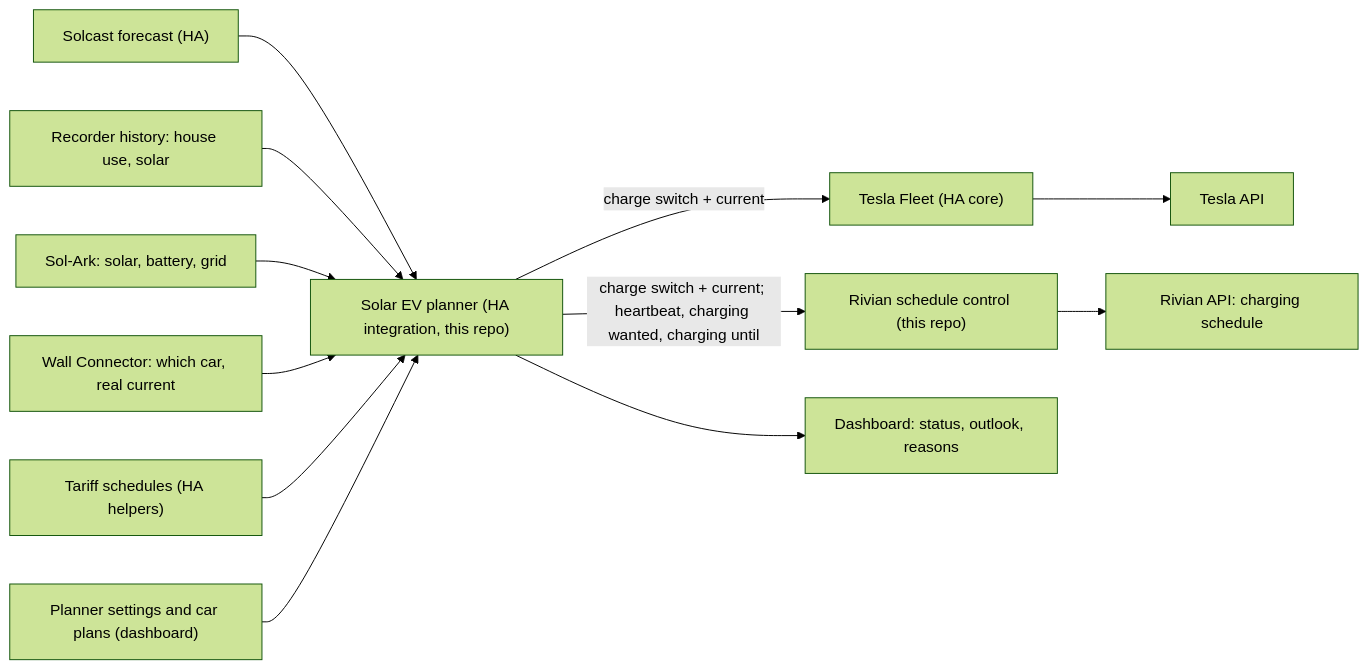
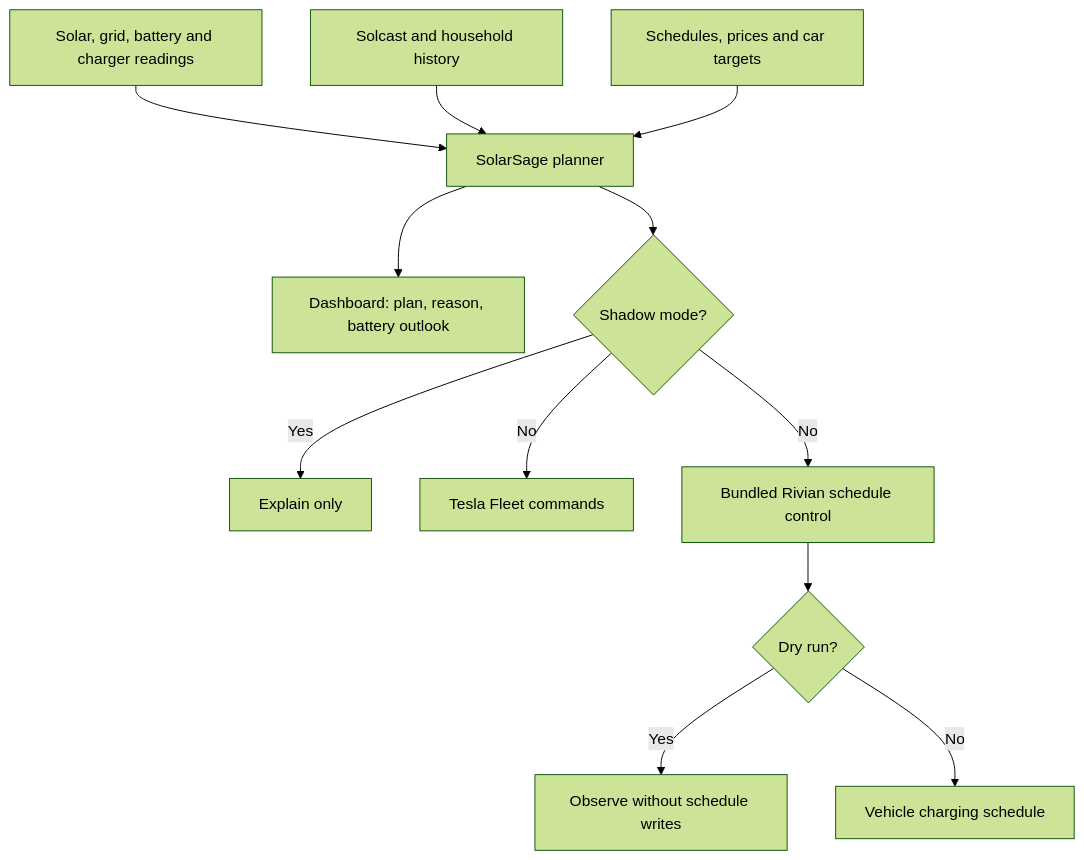
Before and after one commit to bballdavis/SolarSage: the diagram in docs/PLAN.md, drawn with Mermaid (forest theme). The commit also changed other lines of this file and 109 other files, not shown here.

Commit message:
Prepare SolarSage branding, unified integration, and documentation

````diff
--- a/docs/PLAN.md
+++ b/docs/PLAN.md
@@ -53,14 +17,14 @@
 ```mermaid
-flowchart LR
-  Solcast["Solcast forecast (HA)"] --> Planner
-  History["Recorder history: house use, solar"] --> Planner
-  SolArk["Sol-Ark: solar, battery, grid"] --> Planner
-  TWC["Wall Connector: which car, real current"] --> Planner
-  Tariff["Tariff schedules (HA helpers)"] --> Planner
-  Settings["Planner settings and car plans (dashboard)"] --> Planner
-  Planner["Solar EV planner (HA integration, this repo)"] -->|"charge switch + current"| TeslaFleet["Tesla Fleet (HA core)"]
-  Planner -->|"charge switch + current; heartbeat, charging wanted, charging until"| ScheduleControl["Rivian schedule control (this repo)"]
-  TeslaFleet --> Tesla["Tesla API"]
-  ScheduleControl --> Rivian["Rivian API: charging schedule"]
-  Planner --> Dashboard["Dashboard: status, outlook, reasons"]
+flowchart TD
+  Sensors["Solar, grid, battery and charger readings"] --> Planner["SolarSage planner"]
+  Forecast["Solcast and household history"] --> Planner
+  Tariff["Schedules, prices and car targets"] --> Planner
+  Planner --> Dashboard["Dashboard: plan, reason, battery outlook"]
+  Planner --> Shadow{"Shadow mode?"}
+  Shadow -->|Yes| Explain["Explain only"]
+  Shadow -->|No| Tesla["Tesla Fleet commands"]
+  Shadow -->|No| Rivian["Bundled Rivian schedule control"]
+  Rivian --> Dry{"Dry run?"}
+  Dry -->|Yes| Observe["Observe without schedule writes"]
+  Dry -->|No| Vehicle["Vehicle charging schedule"]
 ```
````
